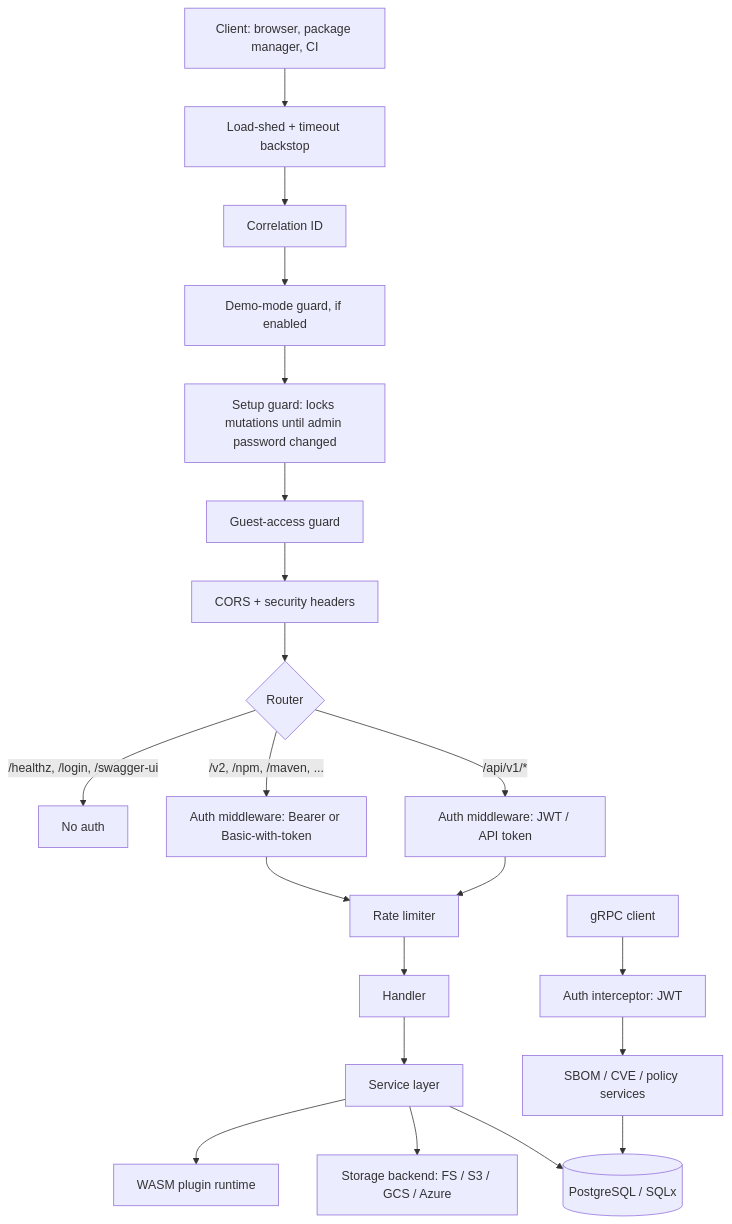
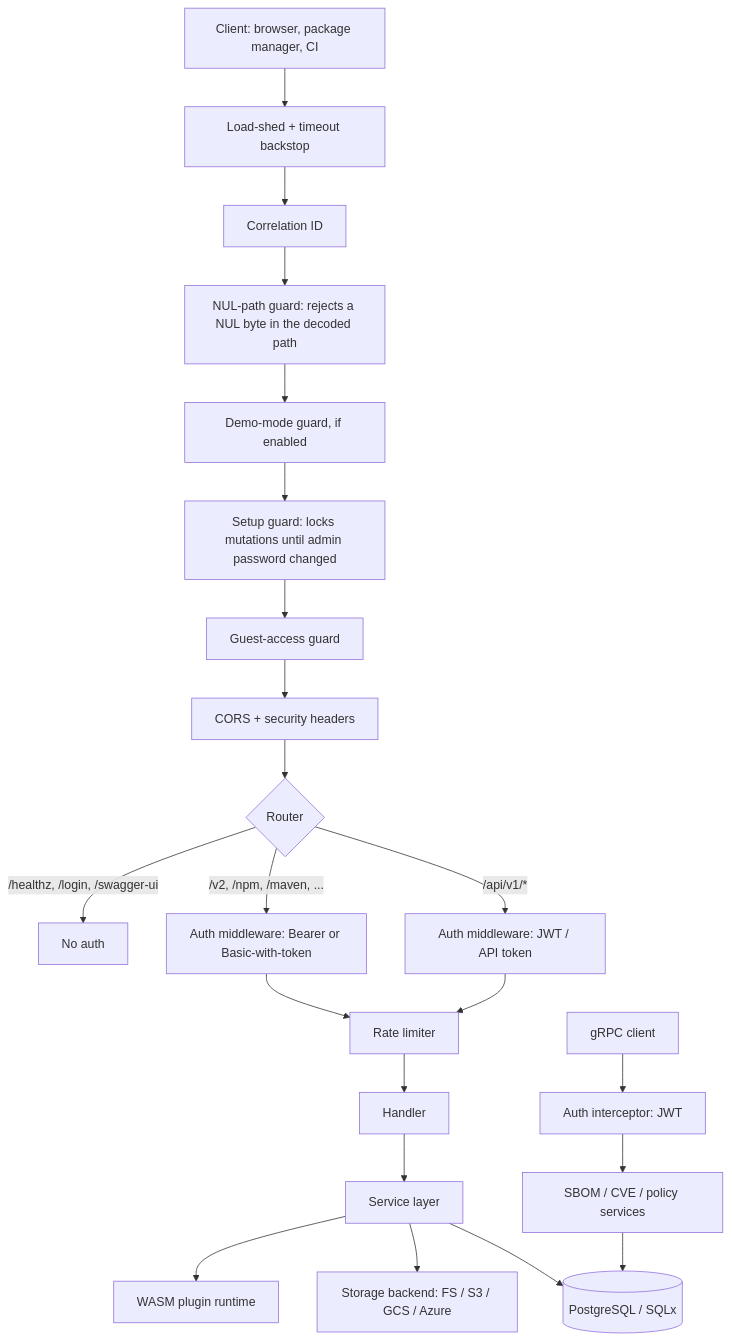
The diagram in ARCHITECTURE.md (artifact-keeper/artifact-keeper), drawn with Mermaid before and after one commit. The commit also changed other lines of this file and 4 other files, not shown here.

````diff
--- a/ARCHITECTURE.md
+++ b/ARCHITECTURE.md
@@ -22,24 +22,25 @@
 ```mermaid
 flowchart TD
     client[Client: browser, package manager, CI] --> backstop[Load-shed + timeout backstop]
     backstop --> corr[Correlation ID]
-    corr --> demo[Demo-mode guard, if enabled]
+    corr --> nul[NUL-path guard: rejects a NUL byte in the decoded path]
+    nul --> demo[Demo-mode guard, if enabled]
     demo --> setup[Setup guard: locks mutations until admin password changed]
     setup --> guest[Guest-access guard]
     guest --> cors[CORS + security headers]
     cors --> route{Router}
 
     route -->|/api/v1/*| authv1[Auth middleware: JWT / API token]
     route -->|/v2, /npm, /maven, ...| authfmt[Auth middleware: Bearer or Basic-with-token]
     route -->|/healthz, /login, /swagger-ui| open[No auth]
 
     authv1 --> rl[Rate limiter]
     authfmt --> rl
     rl --> handler[Handler]
     handler --> service[Service layer]
     service --> db[(PostgreSQL / SQLx)]
     service --> store[Storage backend: FS / S3 / GCS / Azure]
     service --> wasm[WASM plugin runtime]
 
     grpcclient[gRPC client] --> grpcauth[Auth interceptor: JWT] --> grpcsvc[SBOM / CVE / policy services] --> db
 ```
````
